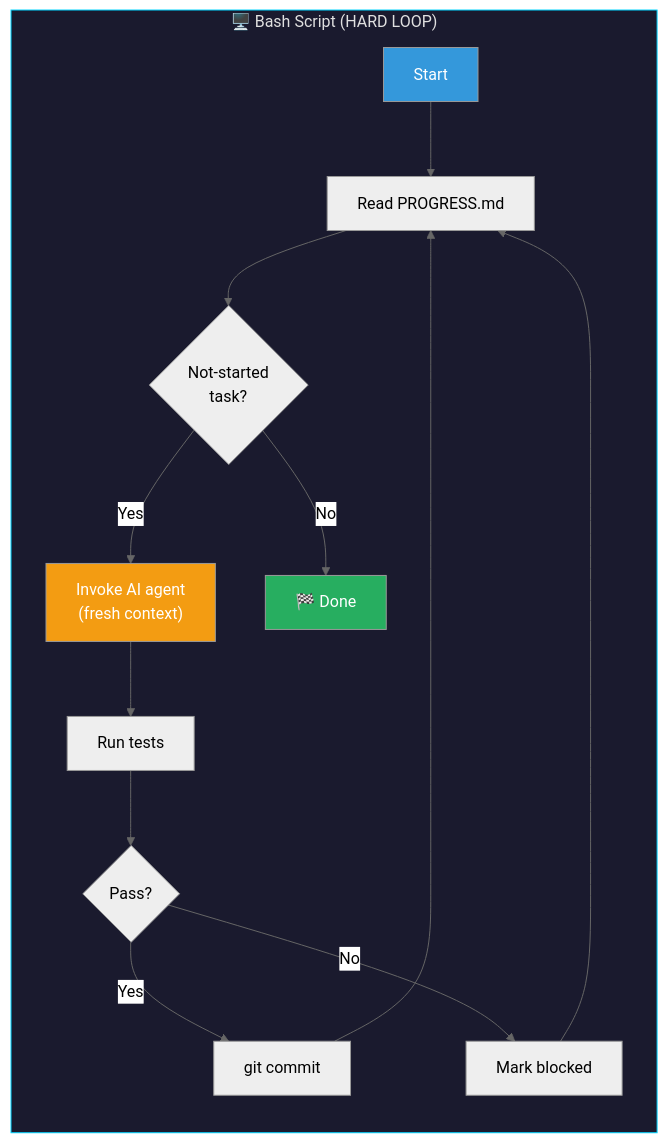
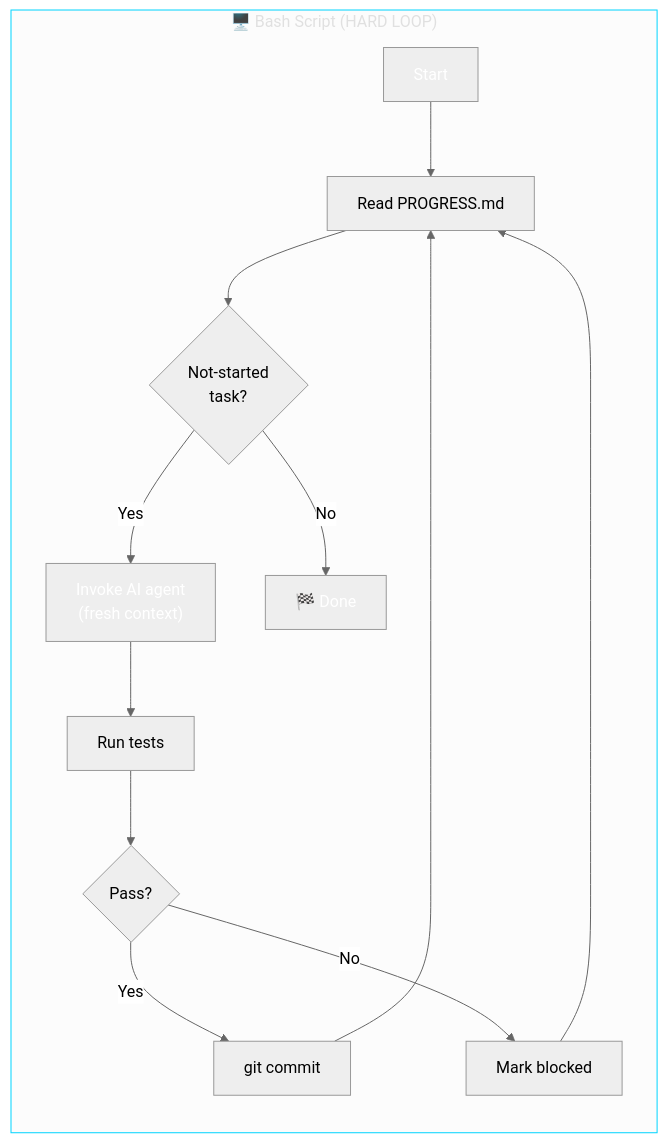
Before and after one commit to abossard/ghcp-agent-2024: the ninth of 12 diagrams in README.md, drawn with Mermaid (neutral theme). The commit also changed other lines of this file, not shown here.

````diff
--- a/README.md
+++ b/README.md
@@ -400,21 +435,21 @@
 ```mermaid
 flowchart LR
     subgraph BASH ["🖥️ Bash Script (HARD LOOP)"]
         direction TB
         S[Start] --> R[Read PROGRESS.md]
         R --> C{Not-started\ntask?}
         C -->|Yes| I["Invoke AI agent\n(fresh context)"]
         I --> T[Run tests]
         T --> P{Pass?}
         P -->|Yes| G[git commit]
         P -->|No| F[Mark blocked]
         G --> R
         F --> R
         C -->|No| D[🏁 Done]
     end
 
-    style BASH fill:#1a1a2e,color:#e0e0e0,stroke:#00d4ff
-    style S fill:#3498db,color:#fff
-    style D fill:#27ae60,color:#fff
-    style I fill:#f39c12,color:#fff
+    style BASH color:#e0e0e0,stroke:#00d4ff
+    style S color:#fff
+    style D color:#fff
+    style I color:#fff
 ```
````
